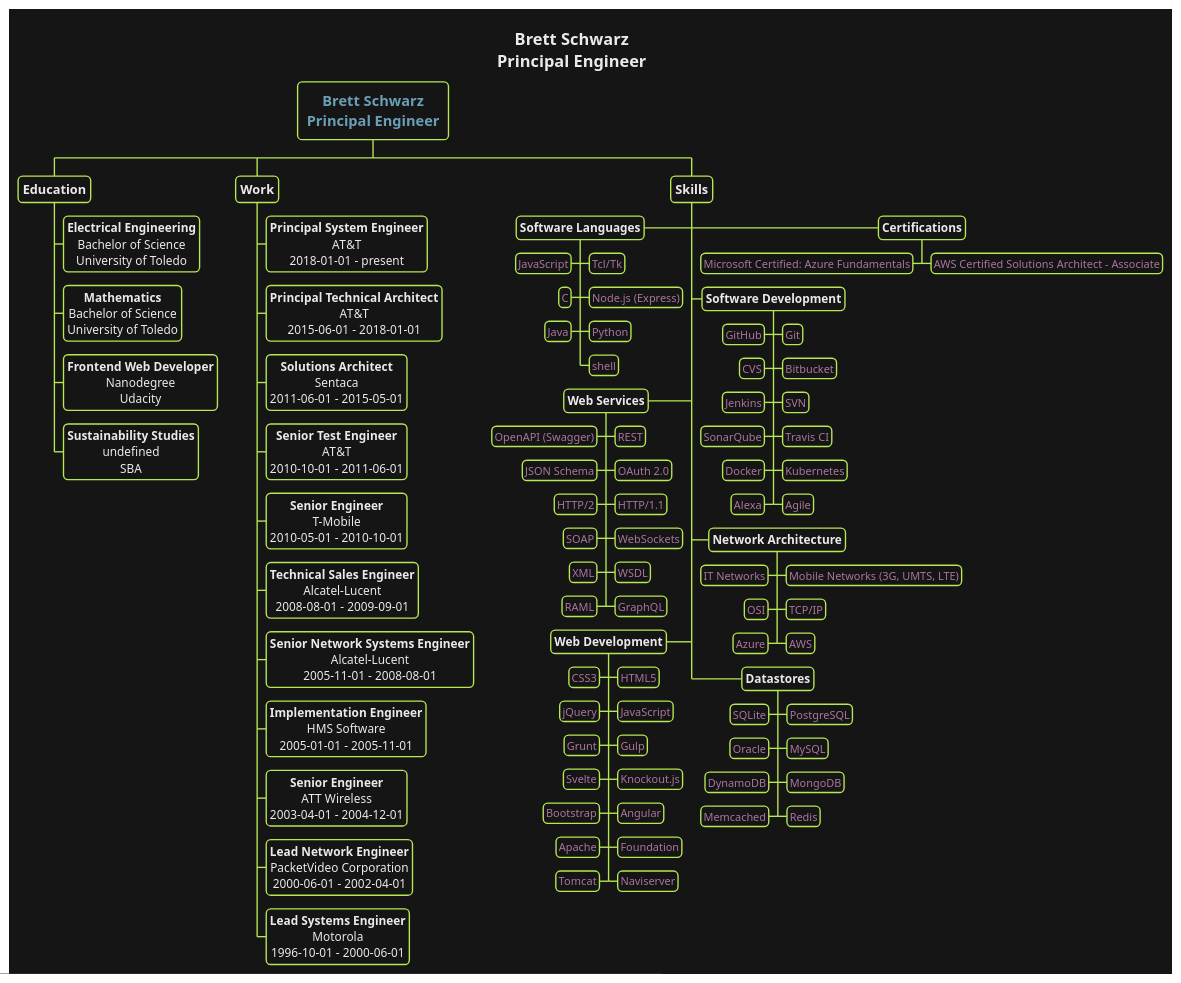
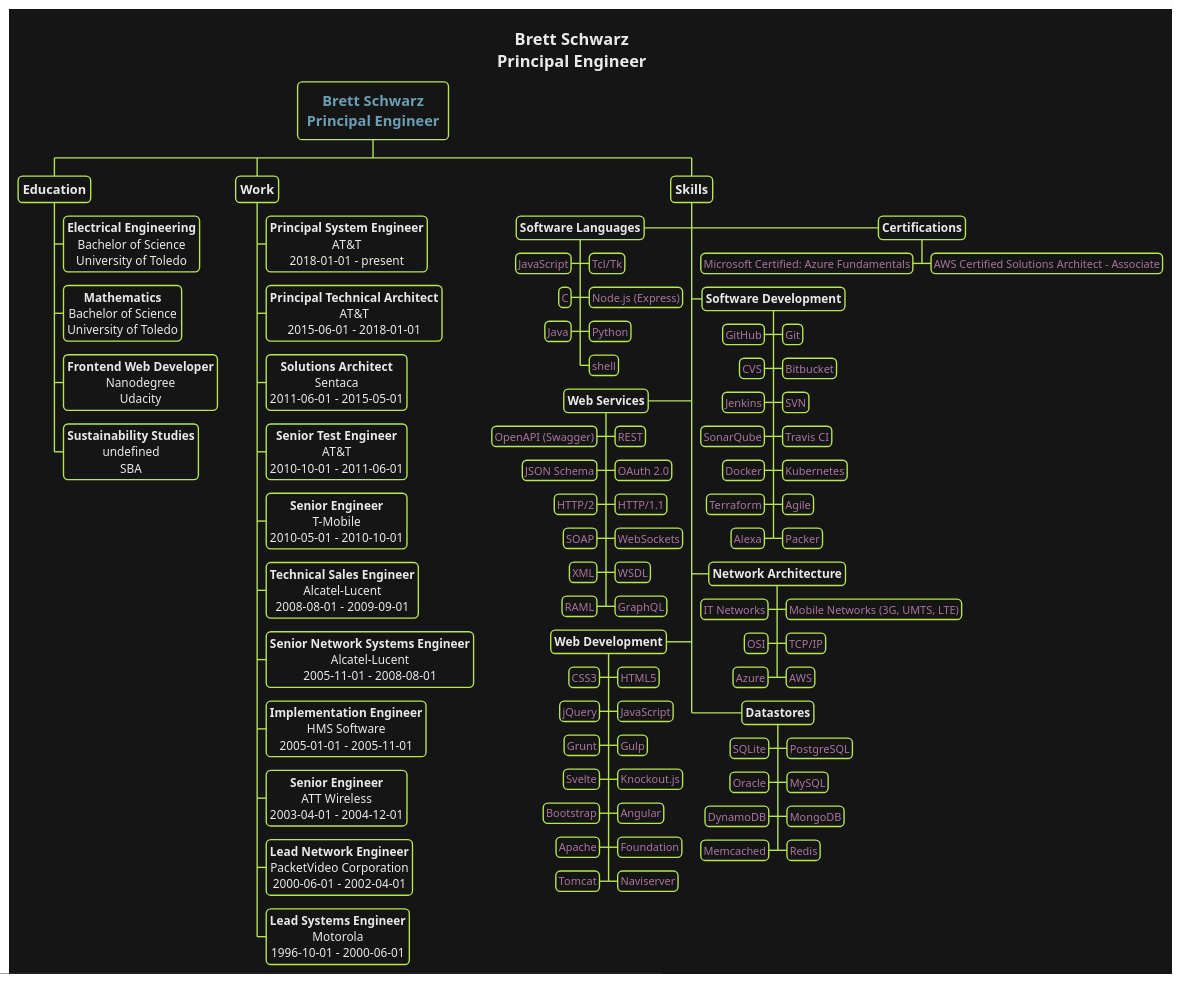
One commit to bschwarz/bschwarz.github.io changed the diagram in assets/files/resume-dark.puml. Above: the diagram before and after it, drawn with PlantUML. The commit also changed 5 other files, not shown here.

Commit message:
Adds Terraform and Packer to skills

```diff
--- a/assets/files/resume-dark.puml
+++ b/assets/files/resume-dark.puml
@@ -1,135 +1,137 @@
 @startwbs
 
 skinparam backgroundColor transparent
 
 
 skinparam  {
     defaultFontName   "Verdana"
     defaultFontSize   12
     defaultTextAlignment center
     shadowing false
     RoundCorner 10
     TitleFontSize 18
     TitleFontColor #eaeaea
 }
 <style>
 wbsDiagram {
     LineColor #b5e853
     BorderThickness 3
     BackgroundColor #151515
     FontColor #eaeaea
     :depth(0) {
         fontSize 16
         fontStyle bold
         fontColor #6a9fb5
     }
     :depth(1) {
         fontSize 14
         padding 5
         fontStyle bold
     }
     :depth(2) {
         fontSize 13
         padding 4
     }
     :depth(3) {
         fontSize 12
         padding 3
         fontColor #aa759f
     }
 
 }
 </style>
 
 
 
 title Brett Schwarz\nPrincipal Engineer
 
 * Brett Schwarz\nPrincipal Engineer
 ** Education
 *** <b>Electrical Engineering\nBachelor of Science\nUniversity of Toledo
 *** <b>Mathematics\nBachelor of Science\nUniversity of Toledo
 *** <b>Frontend Web Developer\nNanodegree\nUdacity
 *** <b>Sustainability Studies\nundefined\nSBA
 ** Work
 *** <b>Principal System Engineer\nAT&T\n2018-01-01 - present
 *** <b>Principal Technical Architect\nAT&T\n2015-06-01 - 2018-01-01
 *** <b>Solutions Architect\nSentaca\n2011-06-01 - 2015-05-01
 *** <b>Senior Test Engineer\nAT&T\n2010-10-01 - 2011-06-01
 *** <b>Senior Engineer\nT-Mobile\n2010-05-01 - 2010-10-01
 *** <b>Technical Sales Engineer\nAlcatel-Lucent\n2008-08-01 - 2009-09-01
 *** <b>Senior Network Systems Engineer\nAlcatel-Lucent\n2005-11-01 - 2008-08-01
 *** <b>Implementation Engineer\nHMS Software\n2005-01-01 - 2005-11-01
 *** <b>Senior Engineer\nATT Wireless\n2003-04-01 - 2004-12-01
 *** <b>Lead Network Engineer\nPacketVideo Corporation\n2000-06-01 - 2002-04-01
 *** <b>Lead Systems Engineer\nMotorola\n1996-10-01 - 2000-06-01
 ** Skills
 ***> <b>Certifications
 ****> AWS Certified Solutions Architect - Associate
 ****< Microsoft Certified: Azure Fundamentals
 ***< <b>Software Languages
 ****> Tcl/Tk
 ****< JavaScript
 ****> Node.js (Express)
 ****< C
 ****> Python
 ****< Java
 ****> shell
 ***> <b>Software Development
 ****> Git
 ****< GitHub
 ****> Bitbucket
 ****< CVS
 ****> SVN
 ****< Jenkins
 ****> Travis CI
 ****< SonarQube
 ****> Kubernetes
 ****< Docker
 ****> Agile
+****< Terraform
+****> Packer
 ****< Alexa
 ***< <b>Web Services
 ****> REST
 ****< OpenAPI (Swagger)
 ****> OAuth 2.0
 ****< JSON Schema
 ****> HTTP/1.1
 ****< HTTP/2
 ****> WebSockets
 ****< SOAP
 ****> WSDL
 ****< XML
 ****> GraphQL
 ****< RAML
 ***> <b>Network Architecture
 ****> Mobile Networks (3G, UMTS, LTE)
 ****< IT Networks
 ****> TCP/IP
 ****< OSI
 ****> AWS
 ****< Azure
 ***< <b>Web Development
 ****> HTML5
 ****< CSS3
 ****> JavaScript
 ****< jQuery
 ****> Gulp
 ****< Grunt
 ****> Knockout.js
 ****< Svelte
 ****> Angular
 ****< Bootstrap
 ****> Foundation
 ****< Apache
 ****> Naviserver
 ****< Tomcat
 ***> <b>Datastores
 ****> PostgreSQL
 ****< SQLite
 ****> MySQL
 ****< Oracle
 ****> MongoDB
 ****< DynamoDB
 ****> Redis
 ****< Memcached
 @endwbs
```
